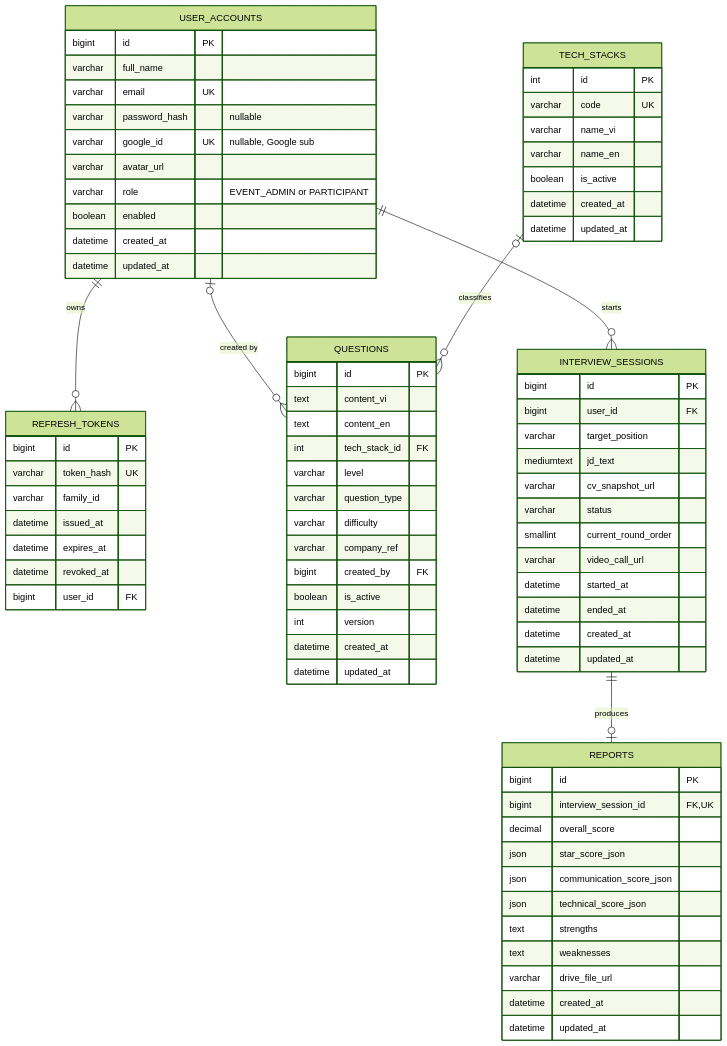
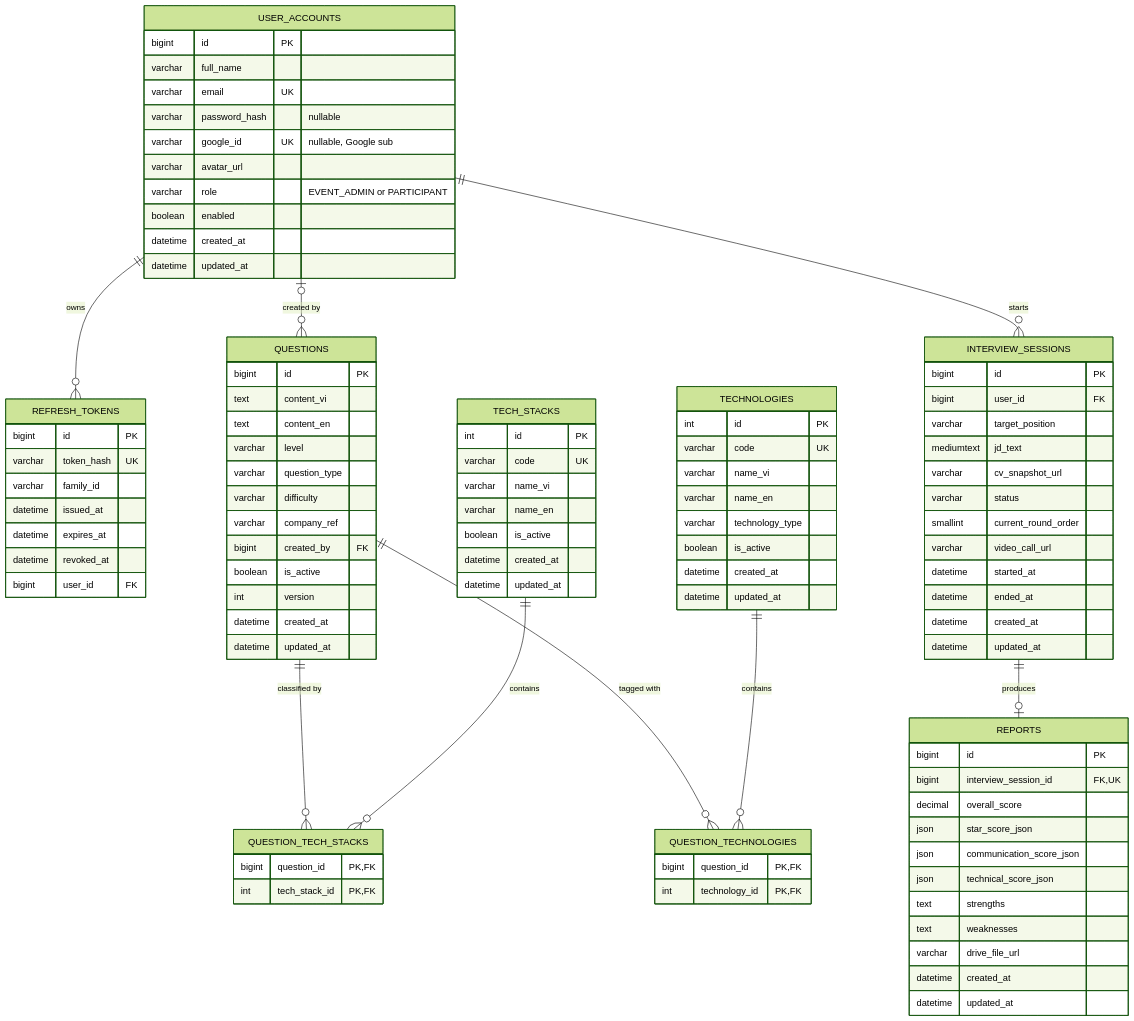
Before and after one commit to FresherTeam4/interview_backend: the first of 2 diagrams in docs/database/erd.md, drawn with Mermaid (forest theme). The commit also changed other lines of this file and 28 other files, not shown here.

```diff
--- a/docs/database/erd.md
+++ b/docs/database/erd.md
@@ -9,7 +9,10 @@
     USER_ACCOUNTS ||--o{ REFRESH_TOKENS : "owns"
     USER_ACCOUNTS o|--o{ QUESTIONS : "created by"
     USER_ACCOUNTS ||--o{ INTERVIEW_SESSIONS : "starts"
-    TECH_STACKS o|--o{ QUESTIONS : "classifies"
+    QUESTIONS ||--o{ QUESTION_TECH_STACKS : "classified by"
+    TECH_STACKS ||--o{ QUESTION_TECH_STACKS : "contains"
+    QUESTIONS ||--o{ QUESTION_TECHNOLOGIES : "tagged with"
+    TECHNOLOGIES ||--o{ QUESTION_TECHNOLOGIES : "contains"
     INTERVIEW_SESSIONS ||--o| REPORTS : "produces"
 
     USER_ACCOUNTS {
@@ -45,11 +48,21 @@
         datetime updated_at
     }
 
+    TECHNOLOGIES {
+        int id PK
+        varchar code UK
+        varchar name_vi
+        varchar name_en
+        varchar technology_type
+        boolean is_active
+        datetime created_at
+        datetime updated_at
+    }
+
     QUESTIONS {
         bigint id PK
         text content_vi
         text content_en
-        int tech_stack_id FK
         varchar level
         varchar question_type
         varchar difficulty
@@ -59,6 +72,16 @@
         int version
         datetime created_at
         datetime updated_at
+    }
+
+    QUESTION_TECH_STACKS {
+        bigint question_id PK,FK
+        int tech_stack_id PK,FK
+    }
+
+    QUESTION_TECHNOLOGIES {
+        bigint question_id PK,FK
+        int technology_id PK,FK
     }
 
     INTERVIEW_SESSIONS {
```
